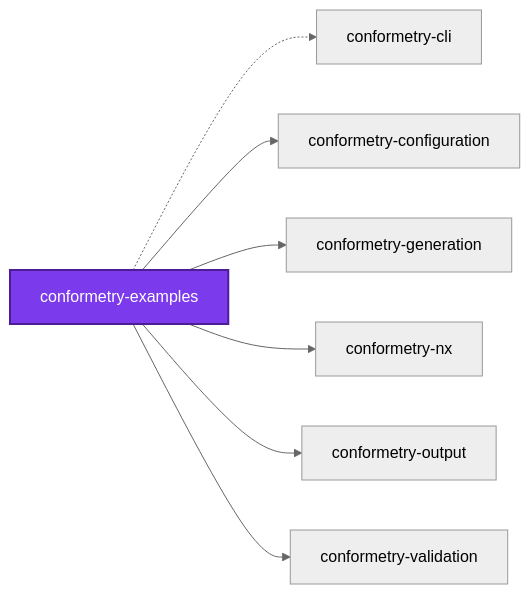
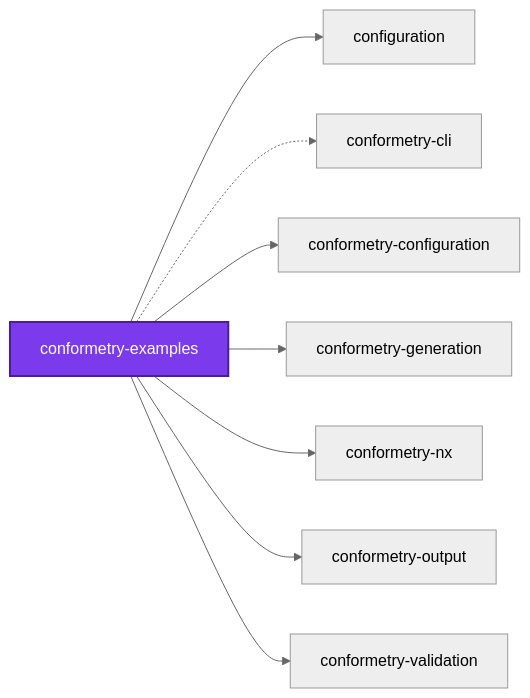
Before and after one commit to organizzolini/codebase: the diagram in projects/ic-suite/conformetry/conformetry-examples/README.md, drawn with Mermaid (neutral theme). The commit also changed other lines of this file and 2324 other files, not shown here.

````diff
--- a/projects/ic-suite/conformetry/conformetry-examples/README.md
+++ b/projects/ic-suite/conformetry/conformetry-examples/README.md
@@ -277,18 +277,20 @@
 ```mermaid
 graph LR
+  configuration["configuration"]
   conformetry_cli["conformetry-cli"]
   conformetry_configuration["conformetry-configuration"]
   conformetry_examples["conformetry-examples"]
   conformetry_generation["conformetry-generation"]
   conformetry_nx["conformetry-nx"]
   conformetry_output["conformetry-output"]
   conformetry_validation["conformetry-validation"]
+  conformetry_examples --> configuration
   conformetry_examples -.-> conformetry_cli
   conformetry_examples --> conformetry_configuration
   conformetry_examples --> conformetry_generation
   conformetry_examples --> conformetry_nx
   conformetry_examples --> conformetry_output
   conformetry_examples --> conformetry_validation
   classDef subject fill:#7c3aed,color:#fff,stroke:#4c1d95,stroke-width:2px
   class conformetry_examples subject
 ```
````
